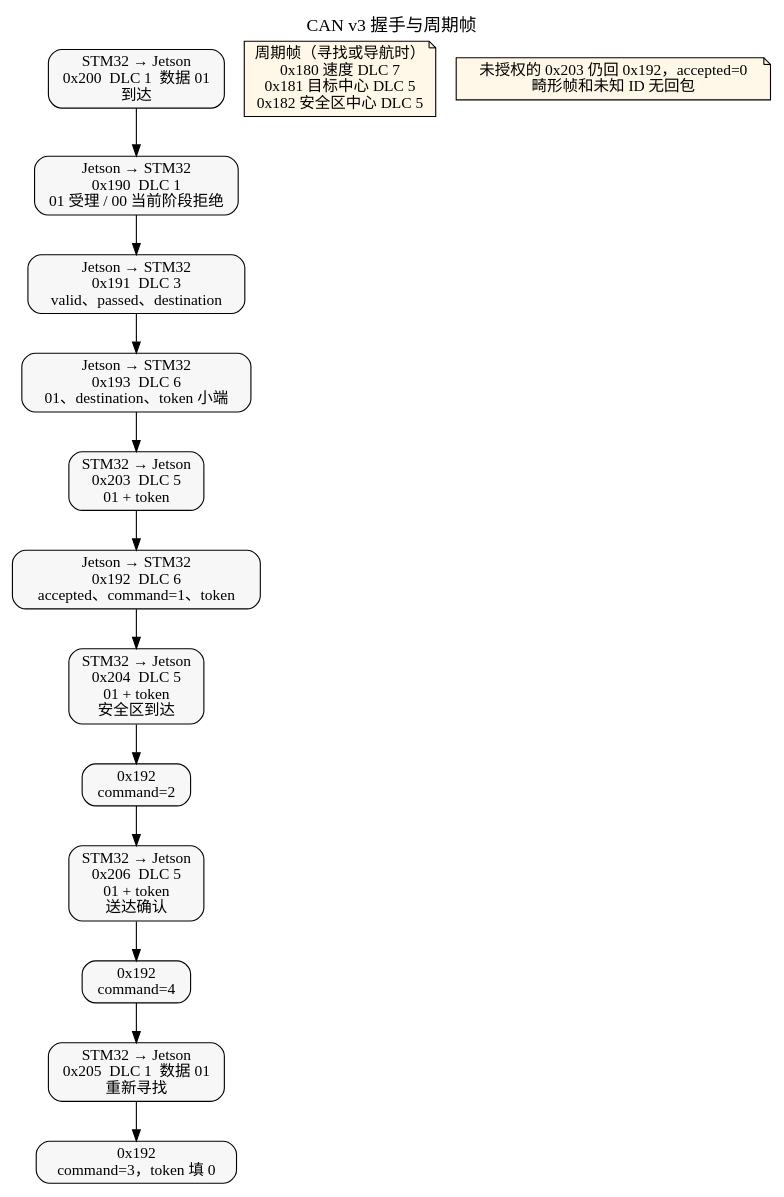
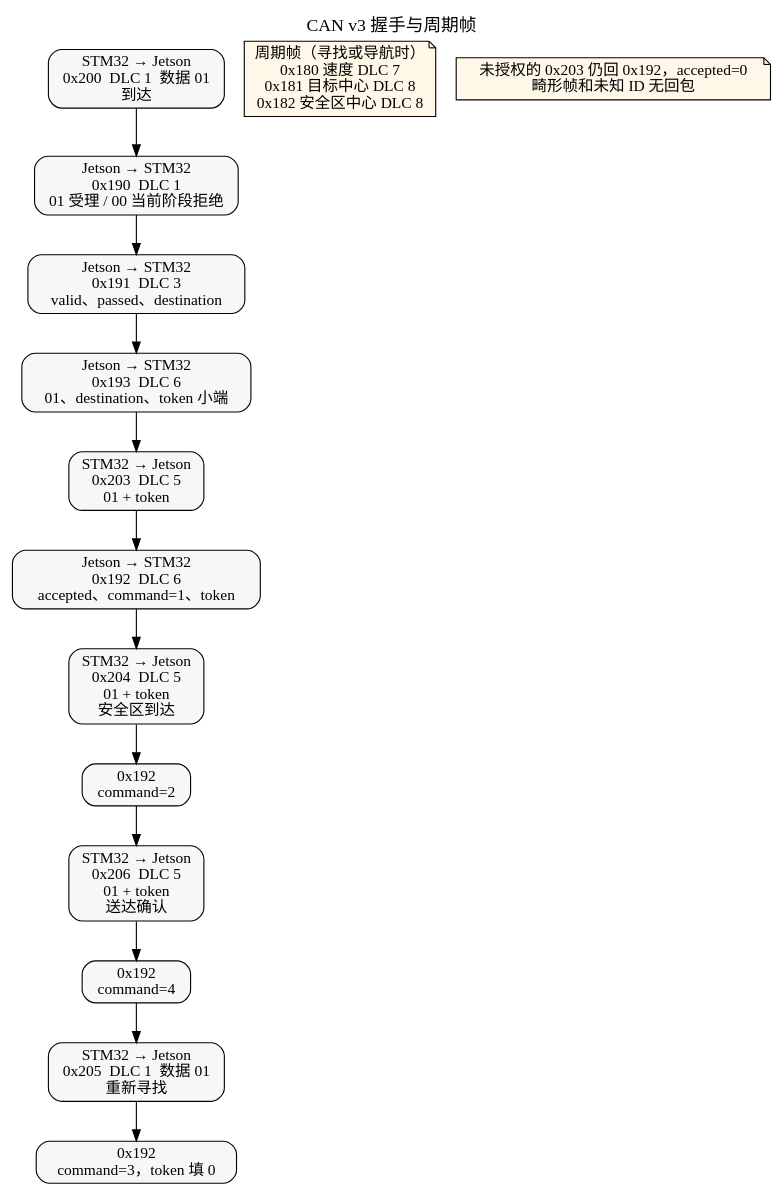
Before and after one commit to Lizzz000/gc-rescue-combined: the diagram in Jetson/docs/flowcharts/can.dot, drawn with Graphviz. The commit also changed 28 other files, not shown here.

```diff
--- a/Jetson/docs/flowcharts/can.dot
+++ b/Jetson/docs/flowcharts/can.dot
@@ -1,28 +1,28 @@
 digraph can {
   graph [
     fontname="Microsoft YaHei",
     rankdir=TB,
     label="CAN v3 握手与周期帧",
     labelloc=t,
     fontsize=16
   ];
   node [fontname="Microsoft YaHei", shape=box, style="rounded,filled", fillcolor="#f7f7f7"];
   edge [fontname="Microsoft YaHei"];
 
   f200 [label="STM32 → Jetson\n0x200  DLC 1  数据 01\n到达"];
   f190 [label="Jetson → STM32\n0x190  DLC 1\n01 受理 / 00 当前阶段拒绝"];
   f191 [label="Jetson → STM32\n0x191  DLC 3\nvalid、passed、destination"];
   f193 [label="Jetson → STM32\n0x193  DLC 6\n01、destination、token 小端"];
   f203 [label="STM32 → Jetson\n0x203  DLC 5\n01 + token"];
   f192a [label="Jetson → STM32\n0x192  DLC 6\naccepted、command=1、token"];
   f204 [label="STM32 → Jetson\n0x204  DLC 5\n01 + token\n安全区到达"];
   f192b [label="0x192\ncommand=2"];
   f206 [label="STM32 → Jetson\n0x206  DLC 5\n01 + token\n送达确认"];
   f192c [label="0x192\ncommand=4"];
   f205 [label="STM32 → Jetson\n0x205  DLC 1  数据 01\n重新寻找"];
   f192d [label="0x192\ncommand=3，token 填 0"];
-  periodic [label="周期帧（寻找或导航时）\n0x180 速度 DLC 7\n0x181 目标中心 DLC 5\n0x182 安全区中心 DLC 5", shape=note, fillcolor="#fff8e8"];
+  periodic [label="周期帧（寻找或导航时）\n0x180 速度 DLC 7\n0x181 目标中心 DLC 8\n0x182 安全区中心 DLC 8", shape=note, fillcolor="#fff8e8"];
 
   f200 -> f190 -> f191 -> f193 -> f203 -> f192a -> f204 -> f192b -> f206 -> f192c -> f205 -> f192d;
   note [label="未授权的 0x203 仍回 0x192，accepted=0\n畸形帧和未知 ID 无回包", shape=note, fillcolor="#fff8e8"];
 }
```
